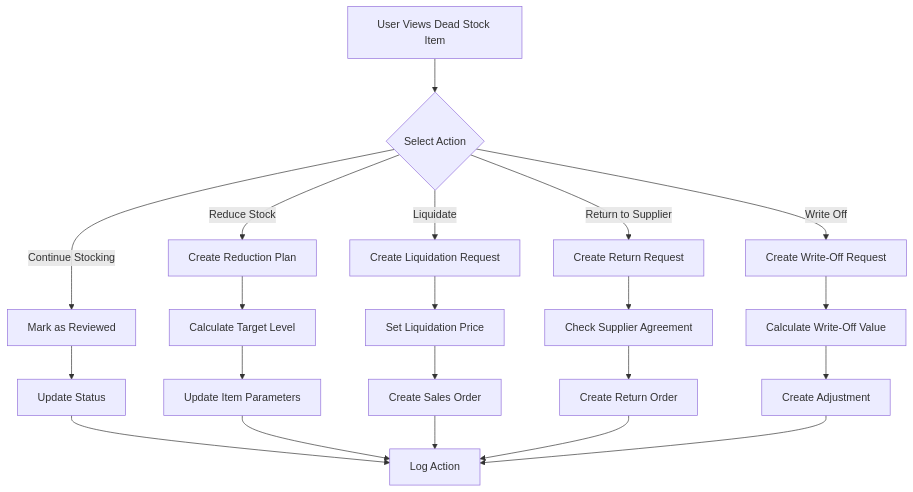
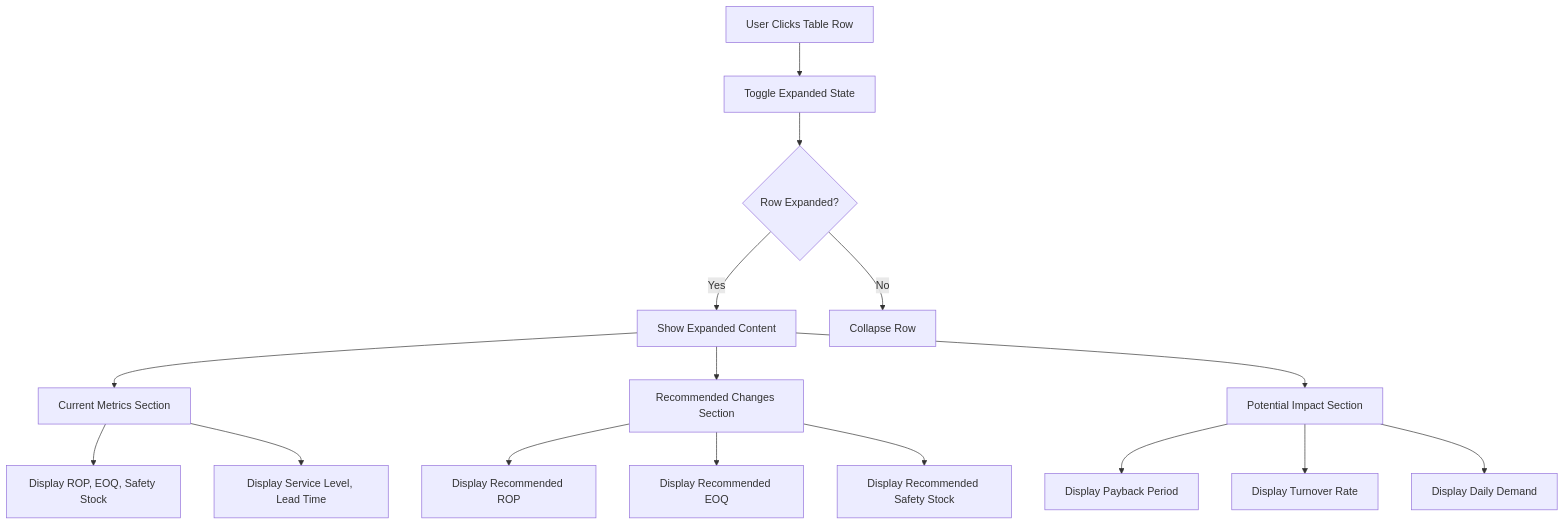
The tenth of 32 diagrams in docs/app/operational-planning/inventory-planning/FD-inventory-planning.md (PeakMNA/carmen), drawn with Mermaid before and after one commit. The commit also changed other lines of this file and 473 other files, not shown here.

````diff
--- a/docs/app/operational-planning/inventory-planning/FD-inventory-planning.md
+++ b/docs/app/operational-planning/inventory-planning/FD-inventory-planning.md
@@ -207,27 +231,23 @@
 ```mermaid
 graph TB
-    A[User Views Dead Stock Item] --> B{Select Action}
+    A[User Clicks Table Row] --> B[Toggle Expanded State]
+    B --> C{Row Expanded?}
 
-    B -->|Continue Stocking| C[Mark as Reviewed]
-    B -->|Reduce Stock| D[Create Reduction Plan]
-    B -->|Liquidate| E[Create Liquidation Request]
-    B -->|Return to Supplier| F[Create Return Request]
-    B -->|Write Off| G[Create Write-Off Request]
+    C -->|Yes| D[Show Expanded Content]
+    C -->|No| E[Collapse Row]
 
-    C --> H[Update Status]
-    D --> I[Calculate Target Level]
-    E --> J[Set Liquidation Price]
-    F --> K[Check Supplier Agreement]
-    G --> L[Calculate Write-Off Value]
+    D --> F[Current Metrics Section]
+    D --> G[Recommended Changes Section]
+    D --> H[Potential Impact Section]
 
-    I --> M[Update Item Parameters]
-    J --> N[Create Sales Order]
-    K --> O[Create Return Order]
-    L --> P[Create Adjustment]
+    F --> I[Display ROP, EOQ, Safety Stock]
+    F --> J[Display Service Level, Lead Time]
 
-    H --> Q[Log Action]
-    M --> Q
-    N --> Q
-    O --> Q
-    P --> Q
+    G --> K[Display Recommended ROP]
+    G --> L[Display Recommended EOQ]
+    G --> M[Display Recommended Safety Stock]
+
+    H --> N[Display Payback Period]
+    H --> O[Display Turnover Rate]
+    H --> P[Display Daily Demand]
 ```
````
